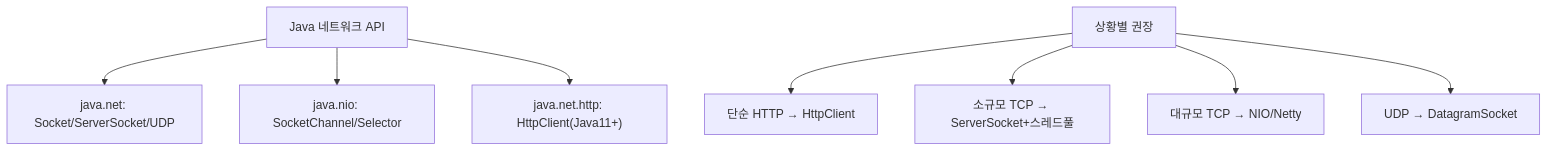
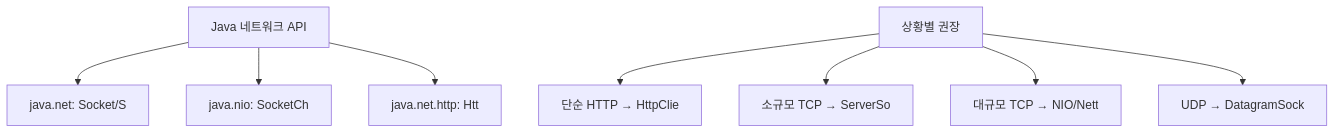
The fifth of 5 diagrams in _posts/java/2026-05-01-java-network.md (yjkim2015/yjkim2015.github.io), drawn with Mermaid before and after one commit. The commit also changed other lines of this file and 271 other files, not shown here.

First line of the commit message:
Mermaid 라벨 축소: 긴 노드 텍스트 18자 이하로 트림 + \n 제거

````diff
--- a/_posts/java/2026-05-01-java-network.md
+++ b/_posts/java/2026-05-01-java-network.md
@@ -895,10 +895,10 @@
 ```mermaid
 graph TD
-    A["Java 네트워크 API"] --> B["java.net: Socket/ServerSocket/UDP"]
-    A --> C["java.nio: SocketChannel/Selector"]
-    A --> D["java.net.http: HttpClient(Java11+)"]
-    E["상황별 권장"] --> E1["단순 HTTP → HttpClient"]
-    E --> E2["소규모 TCP → ServerSocket+스레드풀"]
-    E --> E3["대규모 TCP → NIO/Netty"]
-    E --> E4["UDP → DatagramSocket"]
+    A["Java 네트워크 API"] --> B["java.net: Socket/S"]
+    A --> C["java.nio: SocketCh"]
+    A --> D["java.net.http: Htt"]
+    E["상황별 권장"] --> E1["단순 HTTP → HttpClie"]
+    E --> E2["소규모 TCP → ServerSo"]
+    E --> E3["대규모 TCP → NIO/Nett"]
+    E --> E4["UDP → DatagramSock"]
 ```
````
